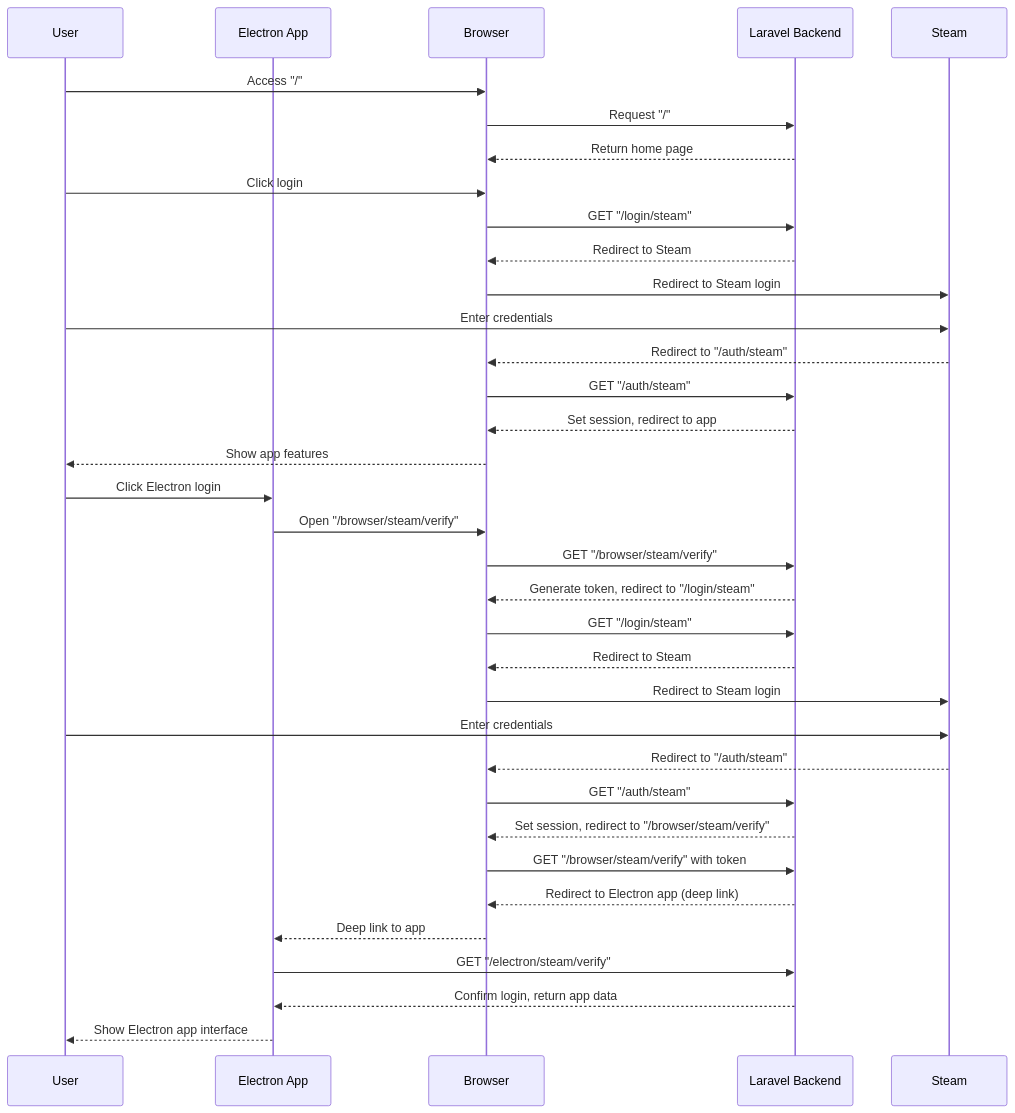
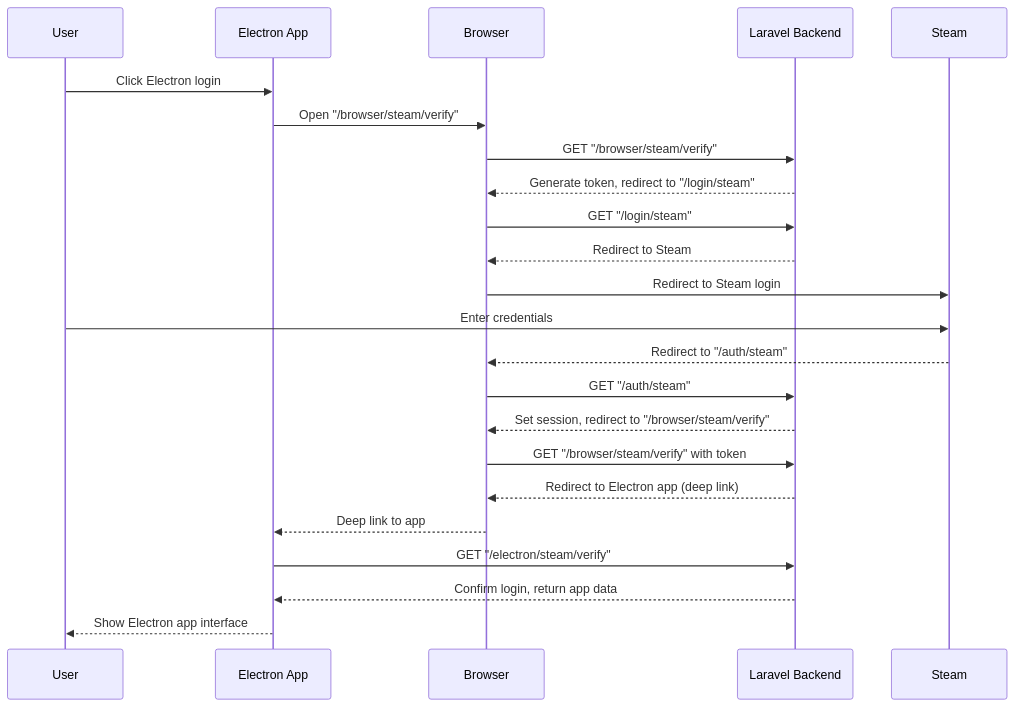
The second of 2 diagrams in README.md (sifex/scarlet-api), drawn with Mermaid before and after one commit.

Commit message:
fixes tests

````diff
--- a/README.md
+++ b/README.md
@@ -30,42 +57,28 @@
 ```mermaid
 sequenceDiagram
     participant U as User
     participant E as Electron App
     participant B as Browser
     participant L as Laravel Backend
     participant S as Steam
-
-    %% Standard Flow
-    U->>B: Access "/"
-    B->>L: Request "/"
-    L-->>B: Return home page
-    U->>B: Click login
-    B->>L: GET "/login/steam"
-    L-->>B: Redirect to Steam
-    B->>S: Redirect to Steam login
-    U->>S: Enter credentials
-    S-->>B: Redirect to "/auth/steam"
-    B->>L: GET "/auth/steam"
-    L-->>B: Set session, redirect to app
-    B-->>U: Show app features
-
+    
     %% Electron Flow
     U->>E: Click Electron login
     E->>B: Open "/browser/steam/verify"
     B->>L: GET "/browser/steam/verify"
     L-->>B: Generate token, redirect to "/login/steam"
     B->>L: GET "/login/steam"
     L-->>B: Redirect to Steam
     B->>S: Redirect to Steam login
     U->>S: Enter credentials
     S-->>B: Redirect to "/auth/steam"
     B->>L: GET "/auth/steam"
     L-->>B: Set session, redirect to "/browser/steam/verify"
     B->>L: GET "/browser/steam/verify" with token
     L-->>B: Redirect to Electron app (deep link)
     B-->>E: Deep link to app
     E->>L: GET "/electron/steam/verify"
     L-->>E: Confirm login, return app data
     E-->>U: Show Electron app interface
 
 ```
````
